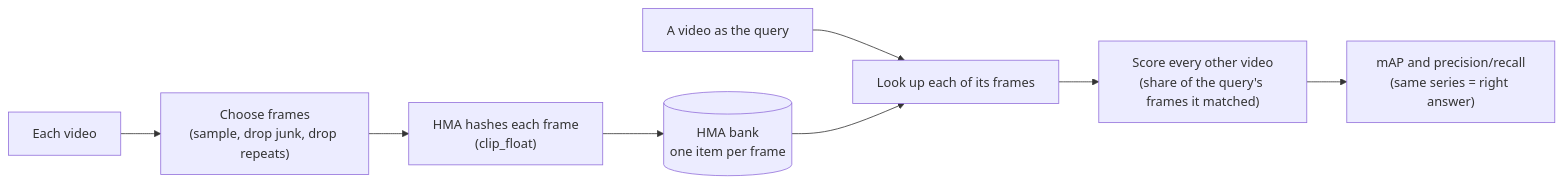
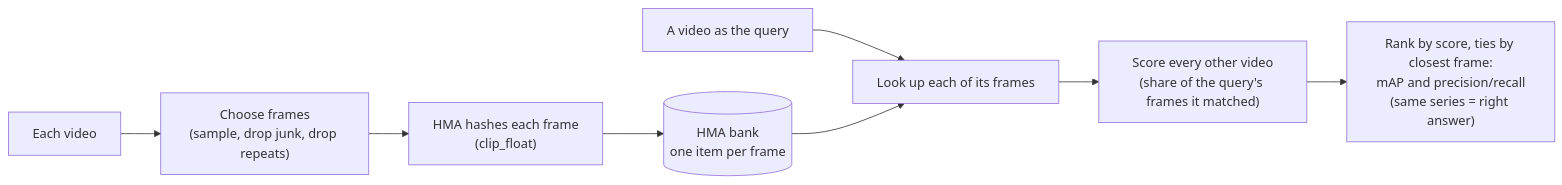
One commit to UMass-Rescue/2025-project-roost-evaluation changed the diagram in hma/video/README.md. Above: the diagram before and after it, drawn with Mermaid. The commit also changed other lines of this file and 1 other file, not shown here.

Commit message:
Explain how videos are compared and how the frame distance is chosen

````diff
--- a/hma/video/README.md
+++ b/hma/video/README.md
@@ -15,10 +18,10 @@
 ```mermaid
 flowchart LR
     A[Each video] --> B["Choose frames<br/>(sample, drop junk, drop repeats)"]
     B --> C["HMA hashes each frame<br/>(clip_float)"]
     C --> D[("HMA bank<br/>one item per frame")]
     E[A video as the query] --> F[Look up each of its frames]
     D --> F
     F --> G["Score every other video<br/>(share of the query's frames it matched)"]
-    G --> H["mAP and precision/recall<br/>(same series = right answer)"]
+    G --> H["Rank by score, ties by closest frame:<br/>mAP and precision/recall<br/>(same series = right answer)"]
 ```
````
